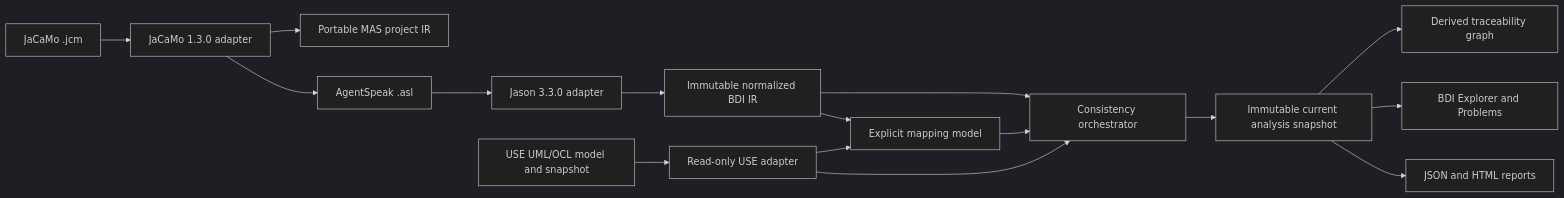
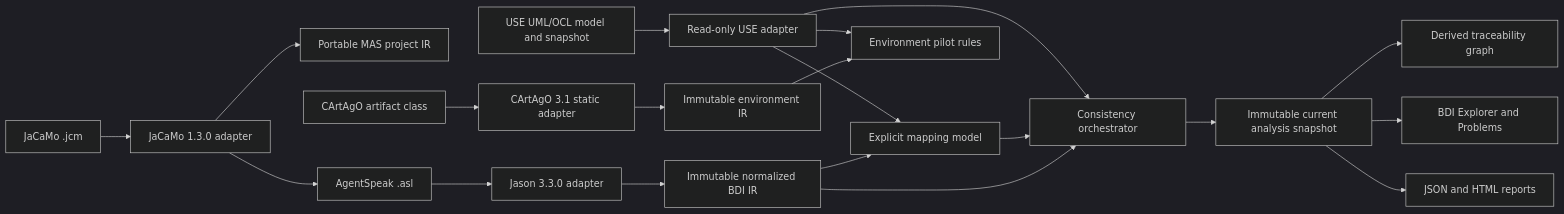
The diagram in docs/project/04_SYSTEM_ARCHITECTURE.md (nguyentrungnghia1802/USE_BDI_Plugin), drawn with Mermaid (dark theme) before and after one commit. The commit also changed other lines of this file and 33 other files, not shown here.

Commit message:
feat(environment): add static CArtAgO consistency pilot

````diff
--- a/docs/project/04_SYSTEM_ARCHITECTURE.md
+++ b/docs/project/04_SYSTEM_ARCHITECTURE.md
@@ -8,18 +8,22 @@
 ```mermaid
 flowchart LR
   JCM[JaCaMo .jcm] --> JP[JaCaMo 1.3.0 adapter]
   JP --> MAS[Portable MAS project IR]
   JP --> ASL
+  CARTAGO[CArtAgO artifact class] --> CA[CArtAgO 3.1 static adapter]
+  CA --> ENV[Immutable environment IR]
   ASL[AgentSpeak .asl] --> JA[Jason 3.3.0 adapter]
   JA --> IR[Immutable normalized BDI IR]
   USE[USE UML/OCL model and snapshot] --> UA[Read-only USE adapter]
   IR --> MAP[Explicit mapping model]
   UA --> MAP
   IR --> VAL[Consistency orchestrator]
   MAP --> VAL
   UA --> VAL
+  ENV --> EVAL[Environment pilot rules]
+  UA --> EVAL
   VAL --> SNAP[Immutable current analysis snapshot]
   SNAP --> TRACE[Derived traceability graph]
   SNAP --> GUI[BDI Explorer and Problems]
   SNAP --> REP[JSON and HTML reports]
 ```
````
